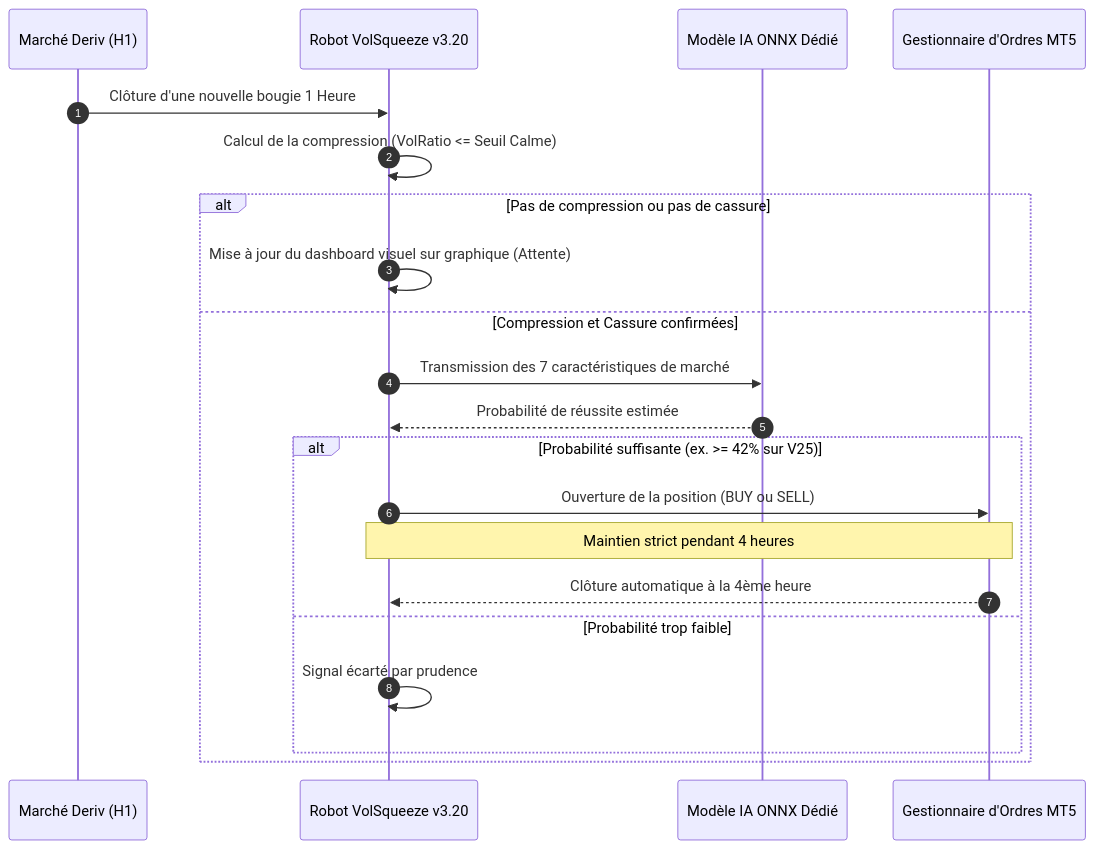
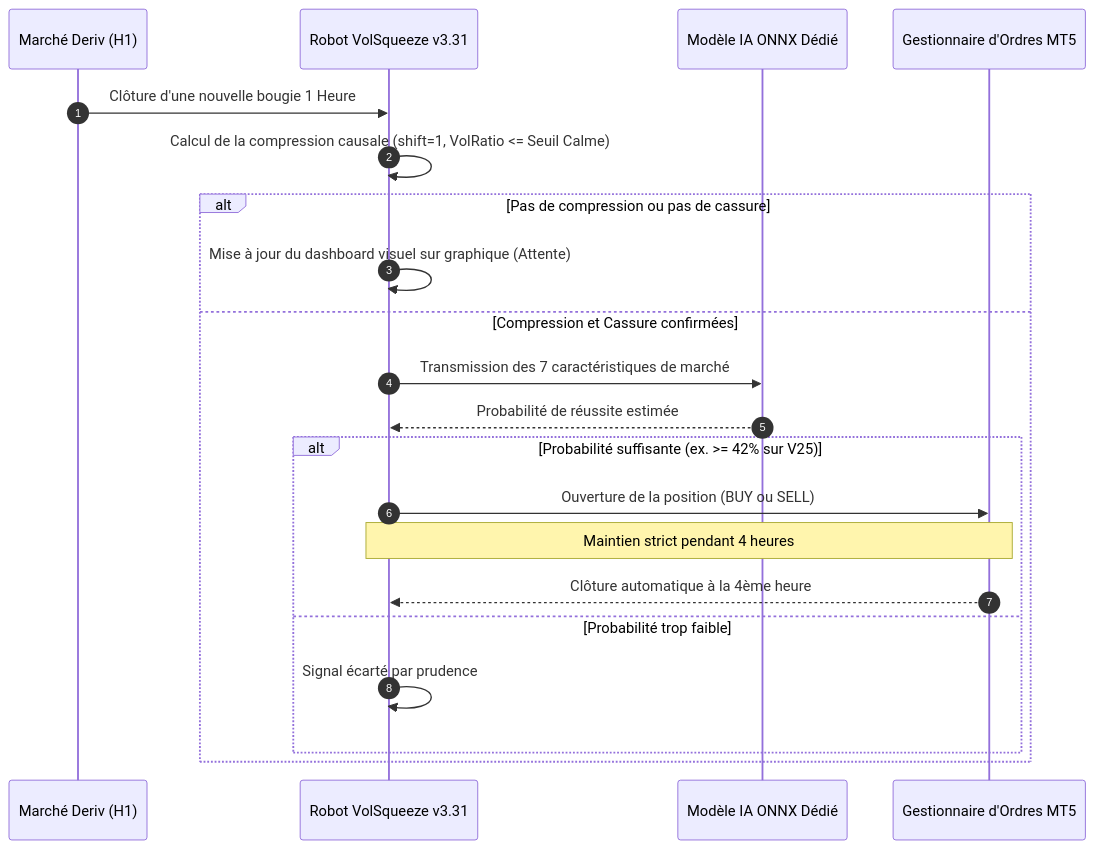
The fourth of 4 diagrams in README.md (Christ-yavn/bot-quant-), drawn with Mermaid before and after one commit. The commit also changed other lines of this file and 5 other files, not shown here.

````diff
--- a/README.md
+++ b/README.md
@@ -119,24 +229,24 @@
 ```mermaid
 sequenceDiagram
     autonumber
     participant M as Marché Deriv (H1)
-    participant B as Robot VolSqueeze v3.20
+    participant B as Robot VolSqueeze v3.31
     participant IA as Modèle IA ONNX Dédié
     participant T as Gestionnaire d'Ordres MT5
 
     M->>B: Clôture d'une nouvelle bougie 1 Heure
-    B->>B: Calcul de la compression (VolRatio <= Seuil Calme)
+    B->>B: Calcul de la compression causale (shift=1, VolRatio <= Seuil Calme)
     alt Pas de compression ou pas de cassure
         B->>B: Mise à jour du dashboard visuel sur graphique (Attente)
     else Compression et Cassure confirmées
         B->>IA: Transmission des 7 caractéristiques de marché
         IA-->>B: Probabilité de réussite estimée
         alt Probabilité suffisante (ex. >= 42% sur V25)
             B->>T: Ouverture de la position (BUY ou SELL)
             Note over B,T: Maintien strict pendant 4 heures
             T-->>B: Clôture automatique à la 4ème heure
         else Probabilité trop faible
             B->>B: Signal écarté par prudence
         end
     end
 ```
````
